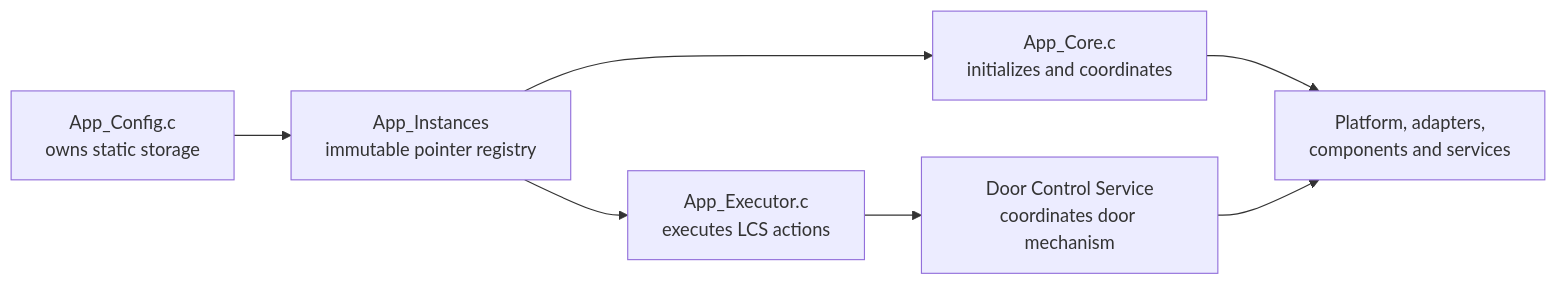
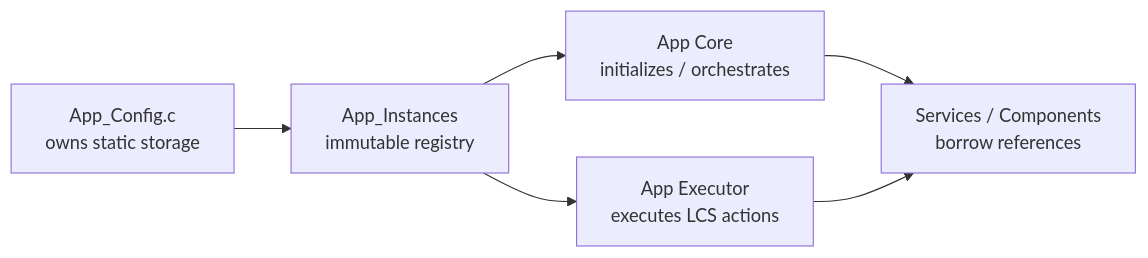
Before and after one commit to JP-REY/STM32F103C8T6-Based-Electronic-Lock: the first of 2 diagrams in App/Config/README.md, drawn with Mermaid. The commit also changed other lines of this file and 22 other files, not shown here.

First line of the commit message:
docs: update project architecture and module documentation

````diff
--- a/App/Config/README.md
+++ b/App/Config/README.md
@@ -96,16 +109,14 @@
 ```mermaid
 flowchart LR
     CONFIG["App_Config.c<br/>owns static storage"]
-    REG["App_Instances<br/>immutable pointer registry"]
-    CORE["App_Core.c<br/>initializes and coordinates"]
-    EXEC["App_Executor.c<br/>executes LCS actions"]
-    DCS["Door Control Service<br/>coordinates door mechanism"]
-    DEPS["Platform, adapters,<br/>components and services"]
+    REG["App_Instances<br/>immutable registry"]
+    CORE["App Core<br/>initializes / orchestrates"]
+    EXEC["App Executor<br/>executes LCS actions"]
+    SERVICES["Services / Components<br/>borrow references"]
 
     CONFIG --> REG
     REG --> CORE
     REG --> EXEC
-    CORE --> DEPS
-    EXEC --> DCS
-    DCS --> DEPS
+    CORE --> SERVICES
+    EXEC --> SERVICES
 ```
````
